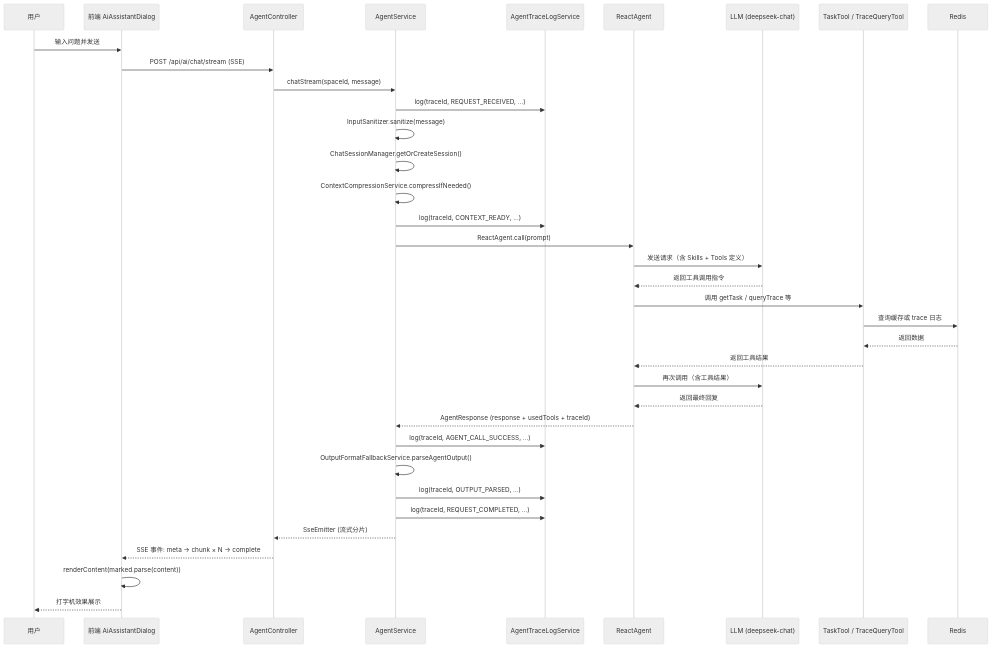
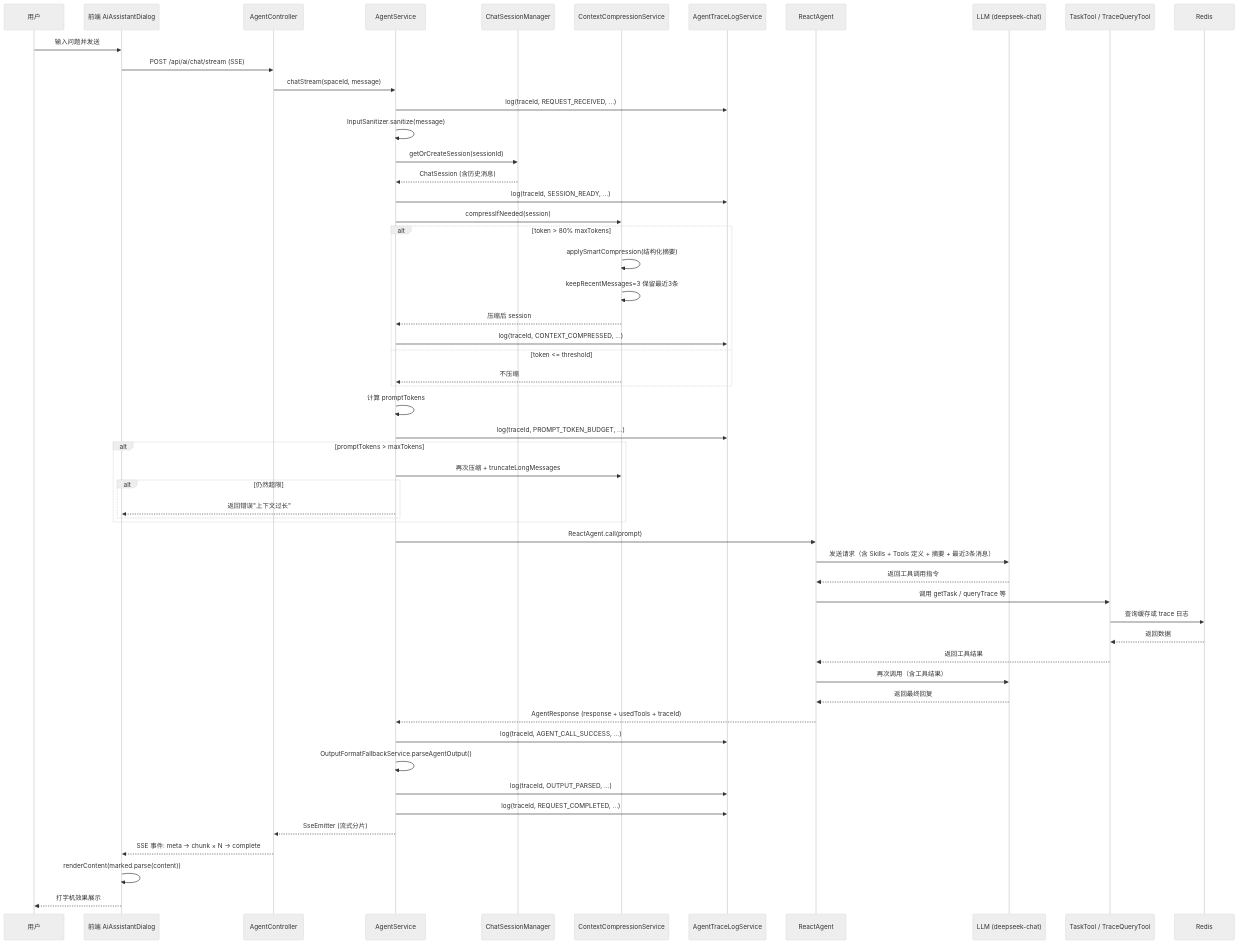
The sixth of 10 diagrams in docs/guide.md (MenXiaoHuan/testplatform), drawn with Mermaid (neutral theme) before and after one commit. The commit also changed other lines of this file and 21 other files, not shown here.

````diff
--- a/docs/guide.md
+++ b/docs/guide.md
@@ -406,39 +410,58 @@
 ```mermaid
 sequenceDiagram
     participant U as 用户
     participant W as 前端 AiAssistantDialog
     participant C as AgentController
     participant S as AgentService
+    participant CS as ChatSessionManager
+    participant CC as ContextCompressionService
     participant T as AgentTraceLogService
     participant R as ReactAgent
     participant L as LLM (deepseek-chat)
     participant Tool as TaskTool / TraceQueryTool
     participant Redis as Redis
 
     U->>W: 输入问题并发送
     W->>C: POST /api/ai/chat/stream (SSE)
     C->>S: chatStream(spaceId, message)
     S->>T: log(traceId, REQUEST_RECEIVED, ...)
     S->>S: InputSanitizer.sanitize(message)
-    S->>S: ChatSessionManager.getOrCreateSession()
-    S->>S: ContextCompressionService.compressIfNeeded()
-    S->>T: log(traceId, CONTEXT_READY, ...)
+    S->>CS: getOrCreateSession(sessionId)
+    CS-->>S: ChatSession (含历史消息)
+    S->>T: log(traceId, SESSION_READY, ...)
+    S->>CC: compressIfNeeded(session)
+    alt token > 80% maxTokens
+        CC->>CC: applySmartCompression(结构化摘要)
+        CC->>CC: keepRecentMessages=3 保留最近3条
+        CC-->>S: 压缩后 session
+        S->>T: log(traceId, CONTEXT_COMPRESSED, ...)
+    else token <= threshold
+        CC-->>S: 不压缩
+    end
+    S->>S: 计算 promptTokens
+    S->>T: log(traceId, PROMPT_TOKEN_BUDGET, ...)
+    alt promptTokens > maxTokens
+        S->>CC: 再次压缩 + truncateLongMessages
+        alt 仍然超限
+            S-->>W: 返回错误"上下文过长"
+        end
+    end
     S->>R: ReactAgent.call(prompt)
-    R->>L: 发送请求（含 Skills + Tools 定义）
+    R->>L: 发送请求（含 Skills + Tools 定义 + 摘要 + 最近3条消息）
     L-->>R: 返回工具调用指令
     R->>Tool: 调用 getTask / queryTrace 等
     Tool->>Redis: 查询缓存或 trace 日志
     Redis-->>Tool: 返回数据
     Tool-->>R: 返回工具结果
     R->>L: 再次调用（含工具结果）
     L-->>R: 返回最终回复
     R-->>S: AgentResponse (response + usedTools + traceId)
     S->>T: log(traceId, AGENT_CALL_SUCCESS, ...)
     S->>S: OutputFormatFallbackService.parseAgentOutput()
     S->>T: log(traceId, OUTPUT_PARSED, ...)
     S->>T: log(traceId, REQUEST_COMPLETED, ...)
     S-->>C: SseEmitter (流式分片)
     C-->>W: SSE 事件: meta → chunk × N → complete
     W->>W: renderContent(marked.parse(content))
     W-->>U: 打字机效果展示
 ```
````
